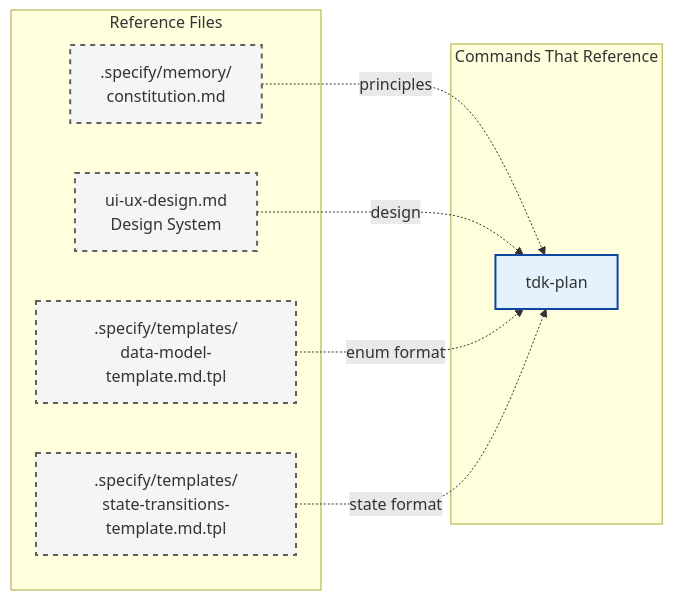
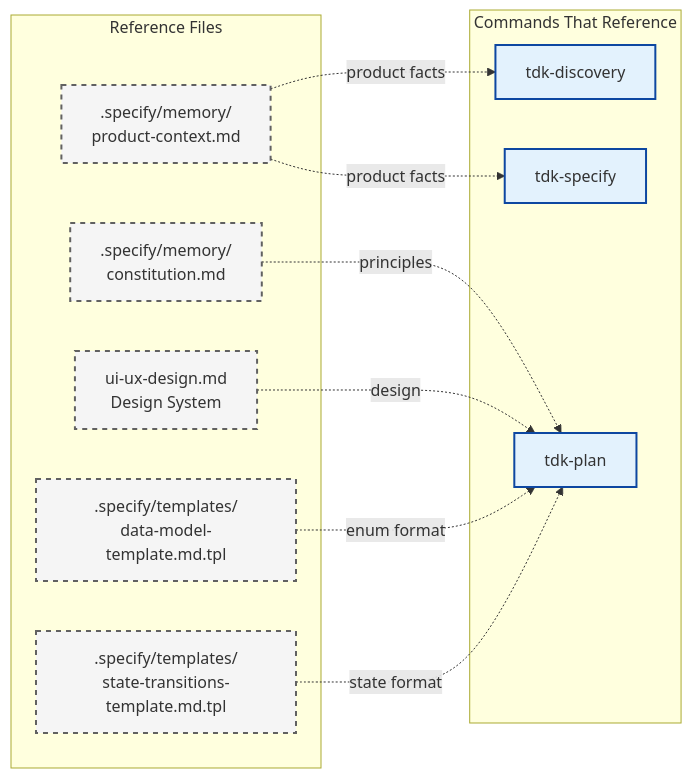
One commit to vinhltt/tdk changed the seventh of 8 diagrams in .specify/docs/guides/document-flow.md. Above: the diagram before and after it, drawn with Mermaid. The commit also changed other lines of this file and 35 other files, not shown here.

````diff
--- a/.specify/docs/guides/document-flow.md
+++ b/.specify/docs/guides/document-flow.md
@@ -298,24 +309,29 @@
 ```mermaid
 flowchart LR
     subgraph TEMPLATES[Reference Files]
         CONST[.specify/memory/<br/>constitution.md]
+        PRODUCT[.specify/memory/<br/>product-context.md]
         UIUX[ui-ux-design.md<br/>Design System]
         REF_DM[.specify/templates/<br/>data-model-template.md.tpl]
         REF_ST[.specify/templates/<br/>state-transitions-template.md.tpl]
     end
 
     subgraph COMMANDS[Commands That Reference]
+        DISCOVERY_CMD[tdk-discovery]
+        SPECIFY_CMD[tdk-specify]
         PLAN[tdk-plan]
     end
 
     CONST -.->|principles| PLAN
+    PRODUCT -.->|product facts| DISCOVERY_CMD
+    PRODUCT -.->|product facts| SPECIFY_CMD
     UIUX -.->|design| PLAN
     REF_DM -.->|enum format| PLAN
     REF_ST -.->|state format| PLAN
 
     classDef reference fill:#f5f5f5,stroke:#616161,stroke-width:2px,stroke-dasharray: 5 5
     classDef command fill:#e3f2fd,stroke:#0d47a1,stroke-width:2px
 
-    class CONST,UIUX,REF_DM,REF_ST reference
-    class PLAN command
+    class CONST,PRODUCT,UIUX,REF_DM,REF_ST reference
+    class DISCOVERY_CMD,SPECIFY_CMD,PLAN command
 ```
````
